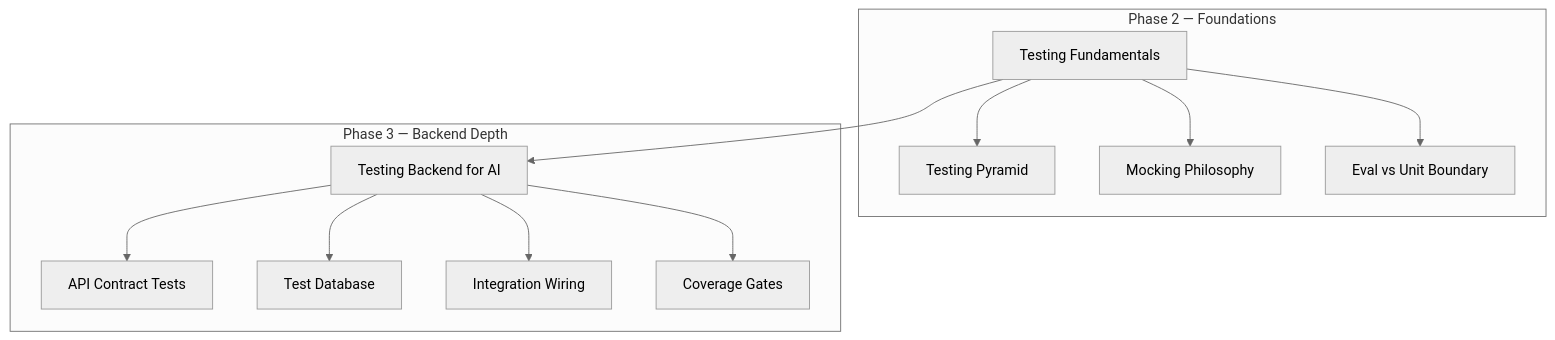
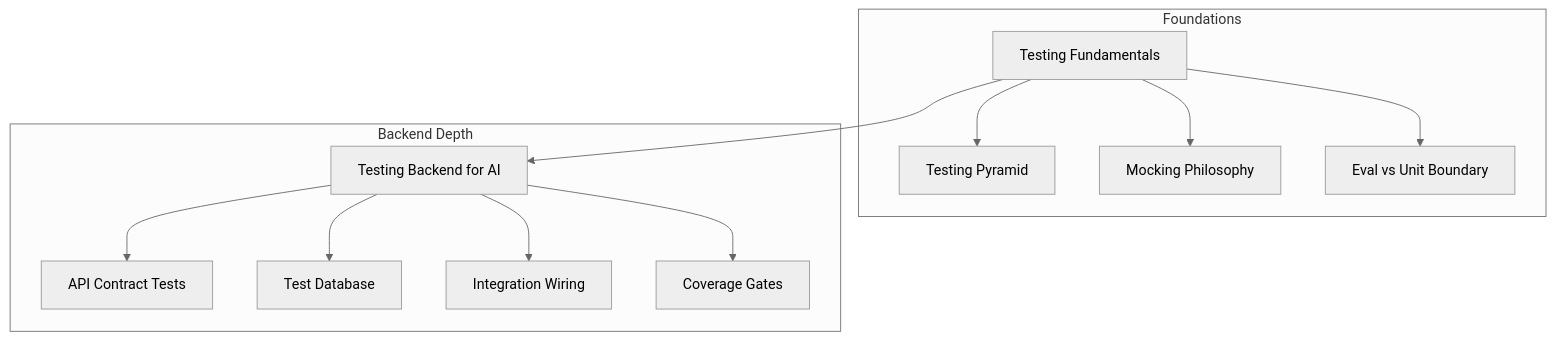
One commit to abdulsamad183/ai-engineering-playbook changed the first of 2 diagrams in domains/backend-engineering/testing-backend-for-ai.md. Above: the diagram before and after it, drawn with Mermaid (neutral theme). The commit also changed other lines of this file and 301 other files, not shown here.

````diff
--- a/domains/backend-engineering/testing-backend-for-ai.md
+++ b/domains/backend-engineering/testing-backend-for-ai.md
@@ -62,19 +62,19 @@
 ```mermaid
 graph TB
-    subgraph "Phase 2 — Foundations"
+    subgraph "Foundations"
         P2[Testing Fundamentals]
         P2 --> PYRAMID[Testing Pyramid]
         P2 --> MOCK[Mocking Philosophy]
         P2 --> EVAL[Eval vs Unit Boundary]
     end
 
-    subgraph "Phase 3 — Backend Depth"
+    subgraph "Backend Depth"
         P3[Testing Backend for AI]
         P3 --> API[API Contract Tests]
         P3 --> DB[Test Database]
         P3 --> INT[Integration Wiring]
         P3 --> COV[Coverage Gates]
     end
 
     P2 --> P3
 ```
````
